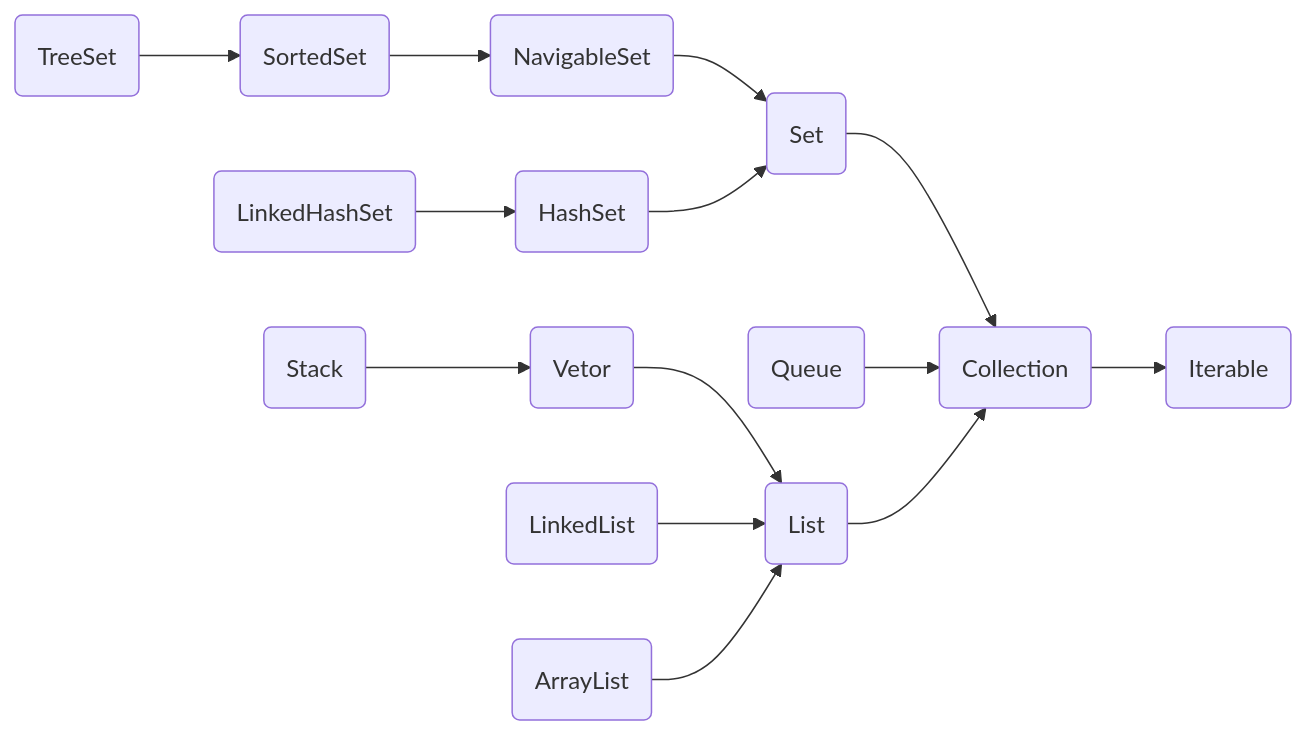
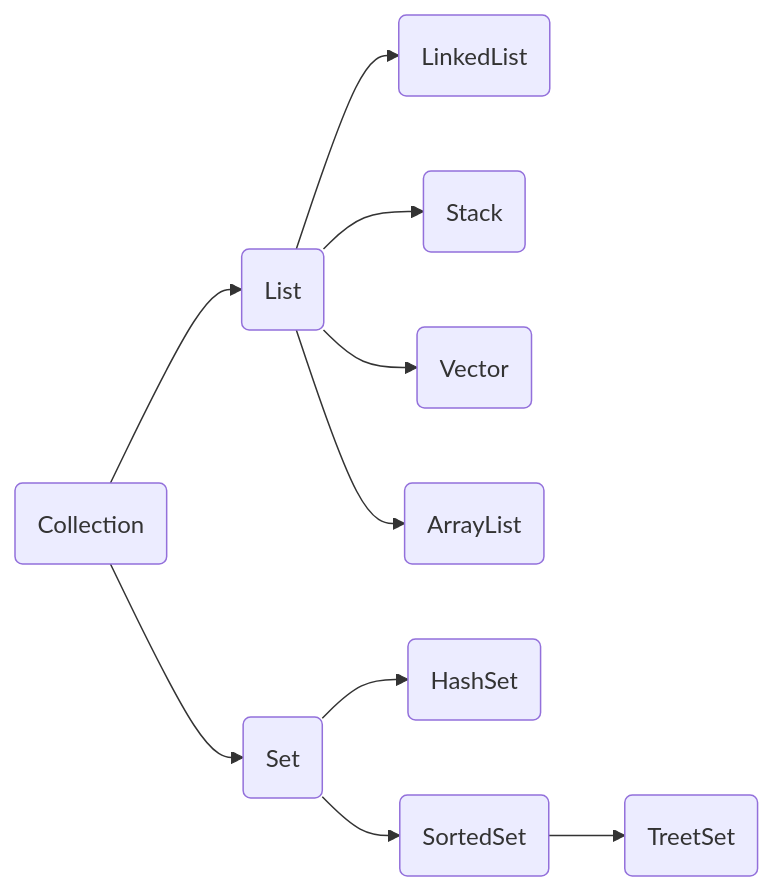
The first of 2 diagrams in Collection/Collection.md (DeokgyunSHIN/object_oriented_language_Info), drawn with Mermaid before and after one commit. The commit also changed other lines of this file, not shown here.

````diff
--- a/Collection/Collection.md
+++ b/Collection/Collection.md
@@ -29,17 +29,14 @@
 ```mermaid
 graph LR
-A(Stack)-->B(Vetor)
-B-->E(List)
-C(LinkedList)-->E
-D(ArrayList)-->E
-F(Queue)
-G(LinkedHashSet)-->H(HashSet)
-I(TreeSet)-->J(SortedSet)
-J-->K(NavigableSet)
-K-->L(Set)
-H-->L
-L-->M(Collection)
-F-->M
-E-->M
-M-->N(Iterable)
+A(Collection)-->B(List)
+B-->C(LinkedList)
+B-->D(Stack)
+B-->E(Vector)
+B-->F(ArrayList)
+
+A-->G(Set)
+G-->H(HashSet)
+G-->I(SortedSet)
+I-->J(TreetSet)
+
 ```
````
